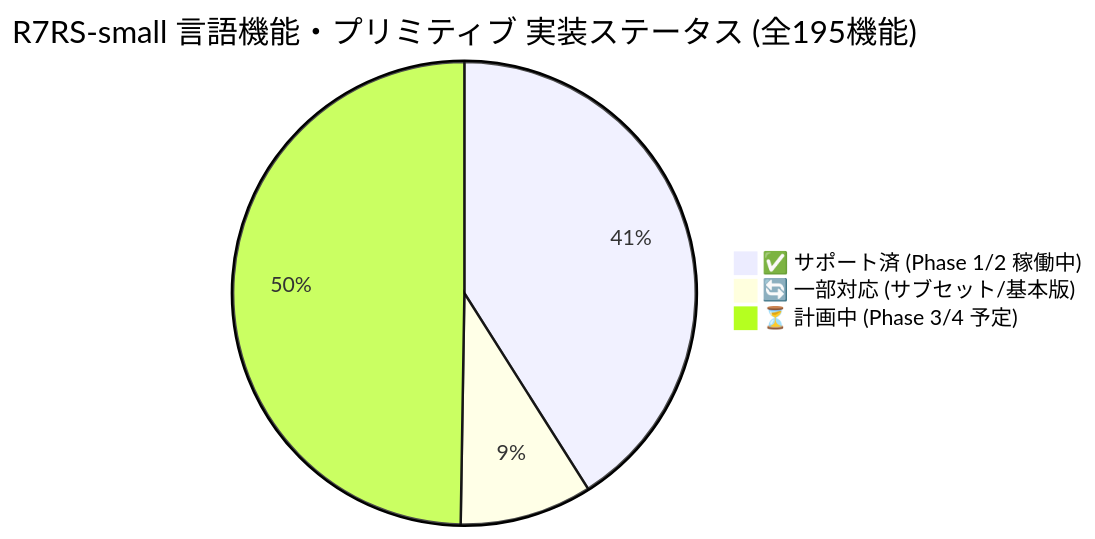
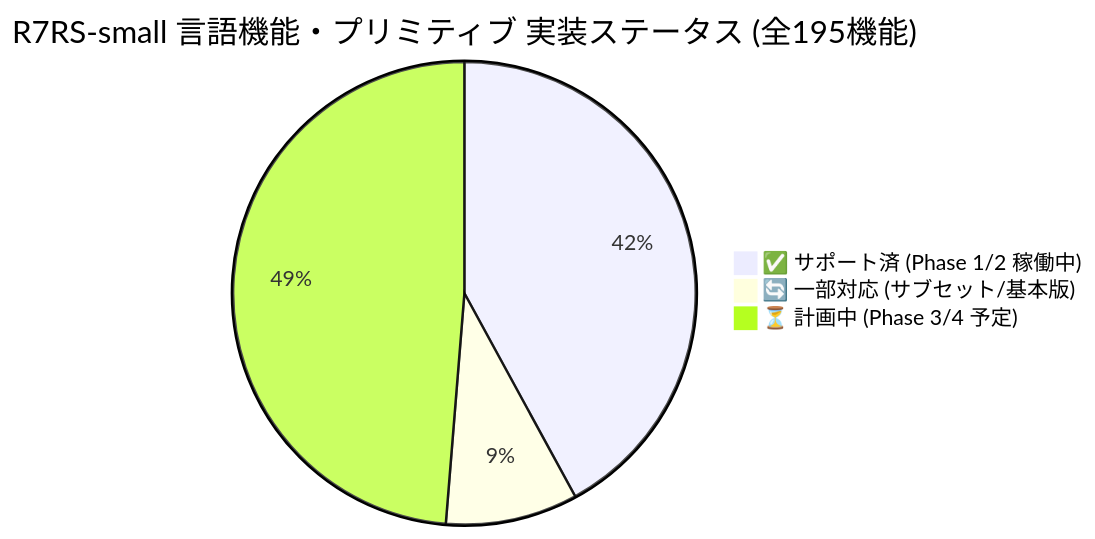
One commit to rokujyouhitoma/arxiv-security-papers changed the first of 3 diagrams in ilisp/docs/SPEC_R7RS.md. Above: the diagram before and after it, drawn with Mermaid. The commit also changed other lines of this file and 6 other files, not shown here.

````diff
--- a/ilisp/docs/SPEC_R7RS.md
+++ b/ilisp/docs/SPEC_R7RS.md
@@ -17,6 +17,6 @@
 ```mermaid
 pie title R7RS-small 言語機能・プリミティブ 実装ステータス (全195機能)
-    "✅ サポート済 (Phase 1/2 稼働中)" : 80
+    "✅ サポート済 (Phase 1/2 稼働中)" : 82
     "🔄 一部対応 (サブセット/基本版)" : 18
-    "⏳ 計画中 (Phase 3/4 予定)" : 97
+    "⏳ 計画中 (Phase 3/4 予定)" : 95
 ```
````
